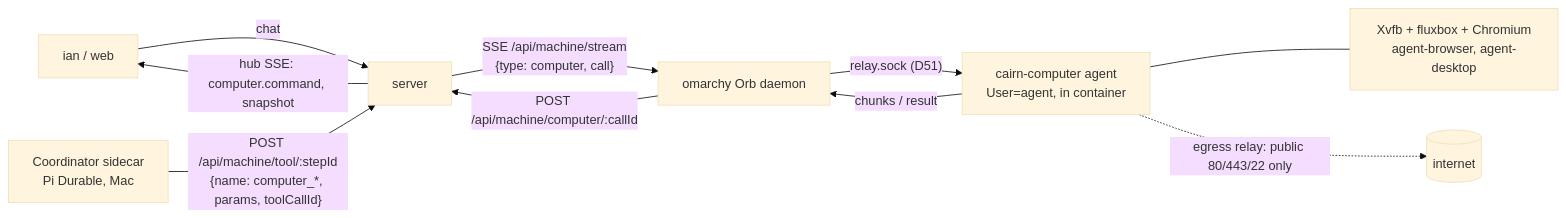
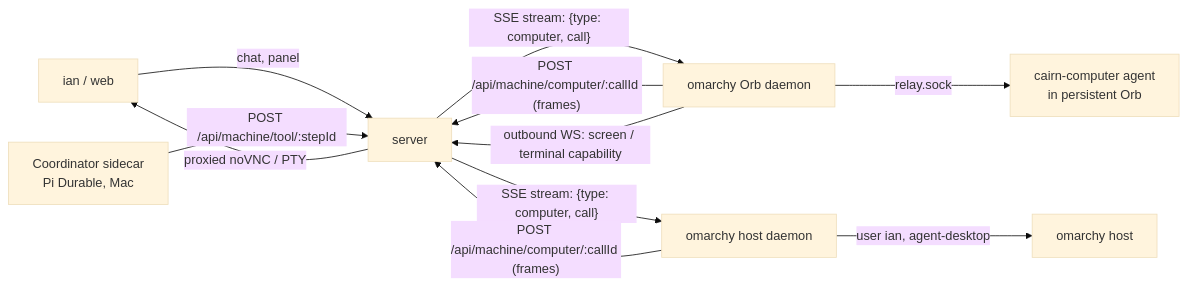
Before and after one commit to xiechimon/cairn: the diagram in docs/research/coordinator-computer.md, drawn with Mermaid (base theme). The commit also changed other lines of this file, not shown here.

Commit message:
docs(2596): the Coordinator computer copies Rakazo's design, including ian's own computers

````diff
--- a/docs/research/coordinator-computer.md
+++ b/docs/research/coordinator-computer.md
@@ -113,11 +204,11 @@
 ```mermaid
 flowchart LR
-  ian[ian / web] -- chat --> S[server]
-  C[Coordinator sidecar<br/>Pi Durable, Mac] -- "POST /api/machine/tool/:stepId<br/>{name: computer_*, params, toolCallId}" --> S
-  S -- "SSE /api/machine/stream<br/>{type: computer, call}" --> D[omarchy Orb daemon]
-  D -- "relay.sock (D51)" --> A[cairn-computer agent<br/>User=agent, in container]
-  A -- "chunks / result" --> D -- "POST /api/machine/computer/:callId" --> S
-  S -- "hub SSE: computer.command, snapshot" --> ian
-  A --- X[Xvfb + fluxbox + Chromium<br/>agent-browser, agent-desktop]
-  A -. egress relay: public 80/443/22 only .-> Net[(internet)]
+  ian[ian / web] -- chat, panel --> S[server]
+  C[Coordinator sidecar<br/>Pi Durable, Mac] -- "POST /api/machine/tool/:stepId" --> S
+  S -- "SSE stream: {type: computer, call}" --> D1[omarchy Orb daemon]
+  S -- "SSE stream: {type: computer, call}" --> D2[omarchy host daemon]
+  D1 -- relay.sock --> A[cairn-computer agent<br/>in persistent Orb]
+  D2 -- "user ian, agent-desktop" --> H[omarchy host]
+  D1 & D2 -- "POST /api/machine/computer/:callId (frames)" --> S
+  D1 -- "outbound WS: screen / terminal capability" --> S -- proxied noVNC / PTY --> ian
 ```
````
